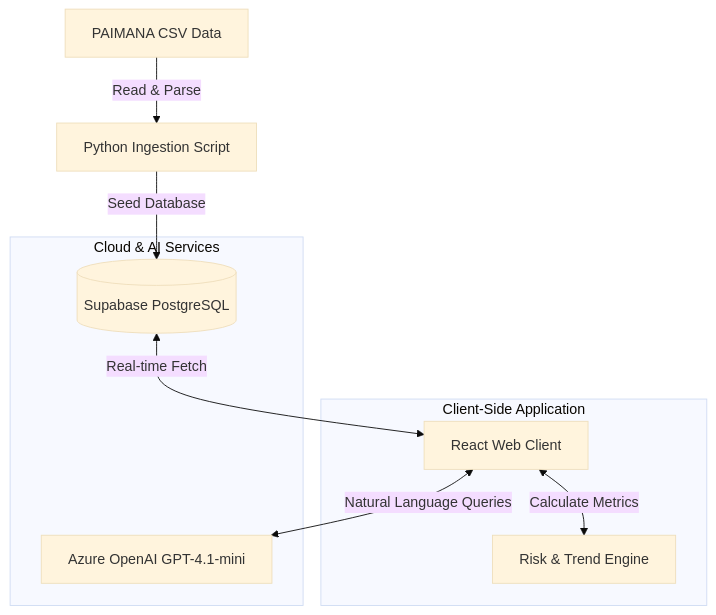
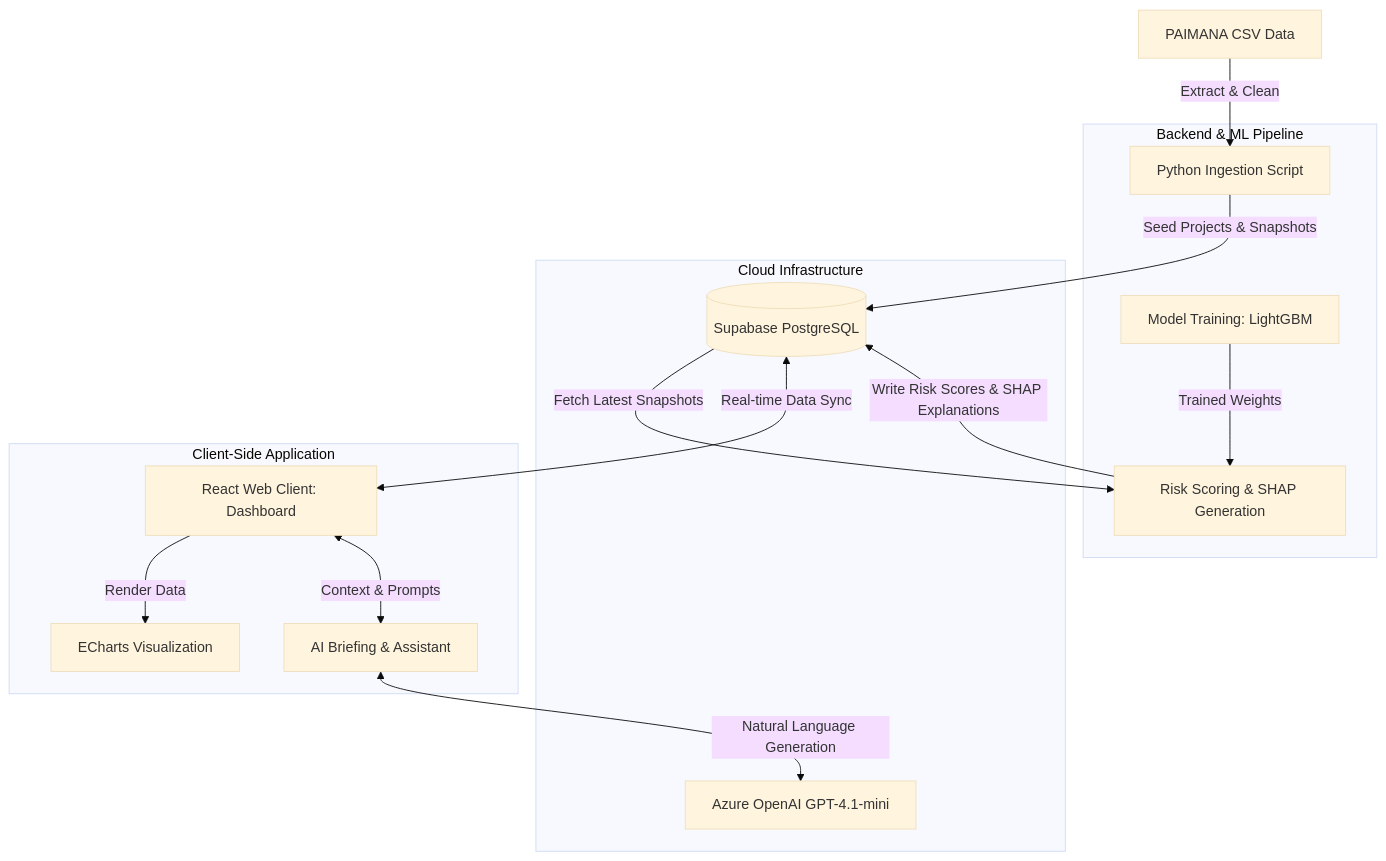
Before and after one commit to inxane-rudrakxh/project-saarthi: the diagram in README.md, drawn with Mermaid (base theme). The commit also changed other lines of this file, not shown here.

Commit message:
docs: update system architecture flowchart in README.md

````diff
--- a/README.md
+++ b/README.md
@@ -26,27 +26,38 @@
 ```mermaid
 graph TD
-    %% Nodes
+    %% External Data
     CSV[PAIMANA CSV Data]
-    Script[Python Ingestion Script]
-    DB[(Supabase PostgreSQL)]
-    UI[React Web Client]
-    Risk[Risk & Trend Engine]
-    LLM[Azure OpenAI GPT-4.1-mini]
+
+    %% Data Pipeline
+    subgraph Backend & ML Pipeline
+        Ingest[Python Ingestion Script]
+        ML[Model Training: LightGBM]
+        Predict[Risk Scoring & SHAP Generation]
+    end
+
+    %% Cloud Services
+    subgraph Cloud Infrastructure
+        DB[(Supabase PostgreSQL)]
+        LLM[Azure OpenAI GPT-4.1-mini]
+    end
+
+    %% Client Side
+    subgraph Client-Side Application
+        UI[React Web Client: Dashboard]
+        Charts[ECharts Visualization]
+        Assistant[AI Briefing & Assistant]
+    end
 
     %% Connections
-    CSV -->|Read & Parse| Script
-    Script -->|Seed Database| DB
-    DB <-->|Real-time Fetch| UI
-    UI <-->|Calculate Metrics| Risk
-    UI <-->|Natural Language Queries| LLM
+    CSV -->|Extract & Clean| Ingest
+    Ingest -->|Seed Projects & Snapshots| DB
 
-    %% Grouping
-    subgraph Client [Client-Side Application]
-        UI
-        Risk
-    end
-    subgraph Cloud [Cloud & AI Services]
-        DB
-        LLM
-    end
+    ML -->|Trained Weights| Predict
+    DB -->|Fetch Latest Snapshots| Predict
+    Predict -->|Write Risk Scores & SHAP Explanations| DB
+
+    DB <-->|Real-time Data Sync| UI
+    UI -->|Render Data| Charts
+    UI <-->|Context & Prompts| Assistant
+    Assistant <-->|Natural Language Generation| LLM
 ```
````
